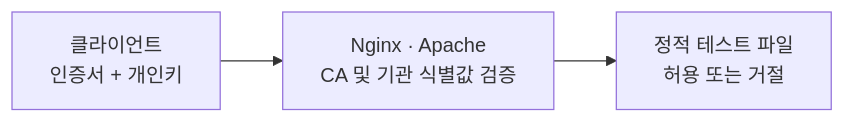
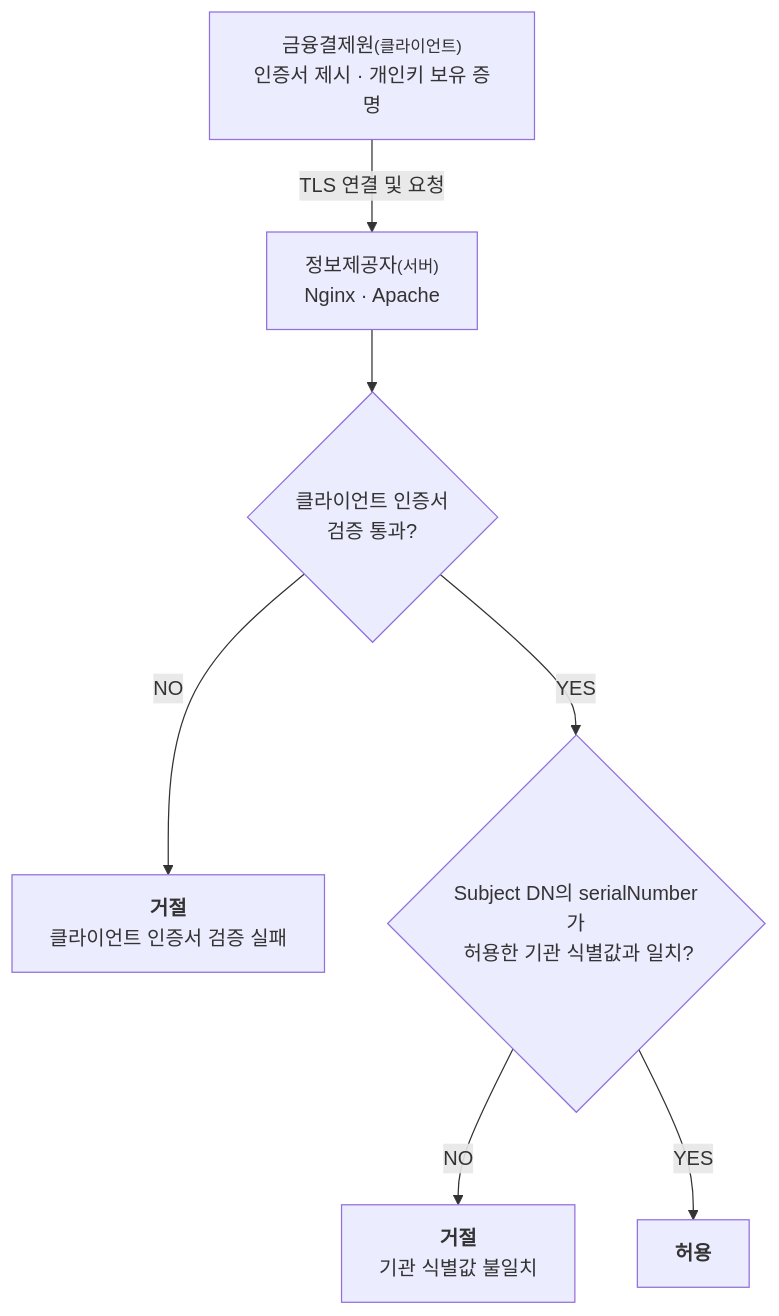
Before and after one commit to yoobato/mTLS-Tutorial: the third of 3 diagrams in docs/01-overview.md, drawn with Mermaid. The commit also changed other lines of this file and 21 other files, not shown here.

````diff
--- a/docs/01-overview.md
+++ b/docs/01-overview.md
@@ -23,5 +75,9 @@
 ```mermaid
-flowchart LR
-  C["클라이언트<br/>인증서 + 개인키"] --> W["Nginx · Apache<br/>CA 및 기관 식별값 검증"]
-  W --> R["정적 테스트 파일<br/>허용 또는 거절"]
+flowchart TD
+    C["금융결제원<small>(클라이언트)</small><br/>인증서 제시 · 개인키 보유 증명"] -->|TLS 연결 및 요청|P["정보제공자<small>(서버)</small><br/>Nginx · Apache"]
+    P --> V{"클라이언트 인증서<br/>검증 통과?"}
+    V -->|NO|R["<strong>거절</strong><br/>클라이언트 인증서 검증 실패"]
+    V -->|YES|I{"Subject DN의 serialNumber가<br/> 허용한 기관 식별값과 일치?"}
+    I -->|NO|F["<strong>거절</strong><br/>기관 식별값 불일치"]
+    I -->|YES|A["<strong>허용</strong>"]
 ```
````
